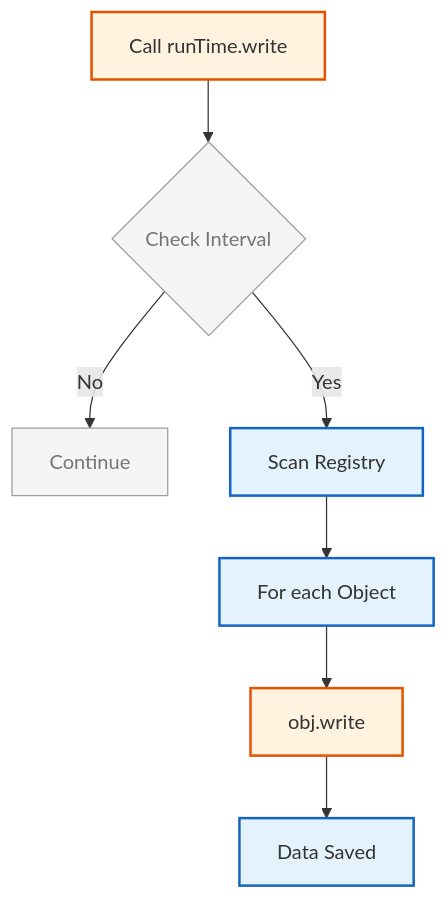
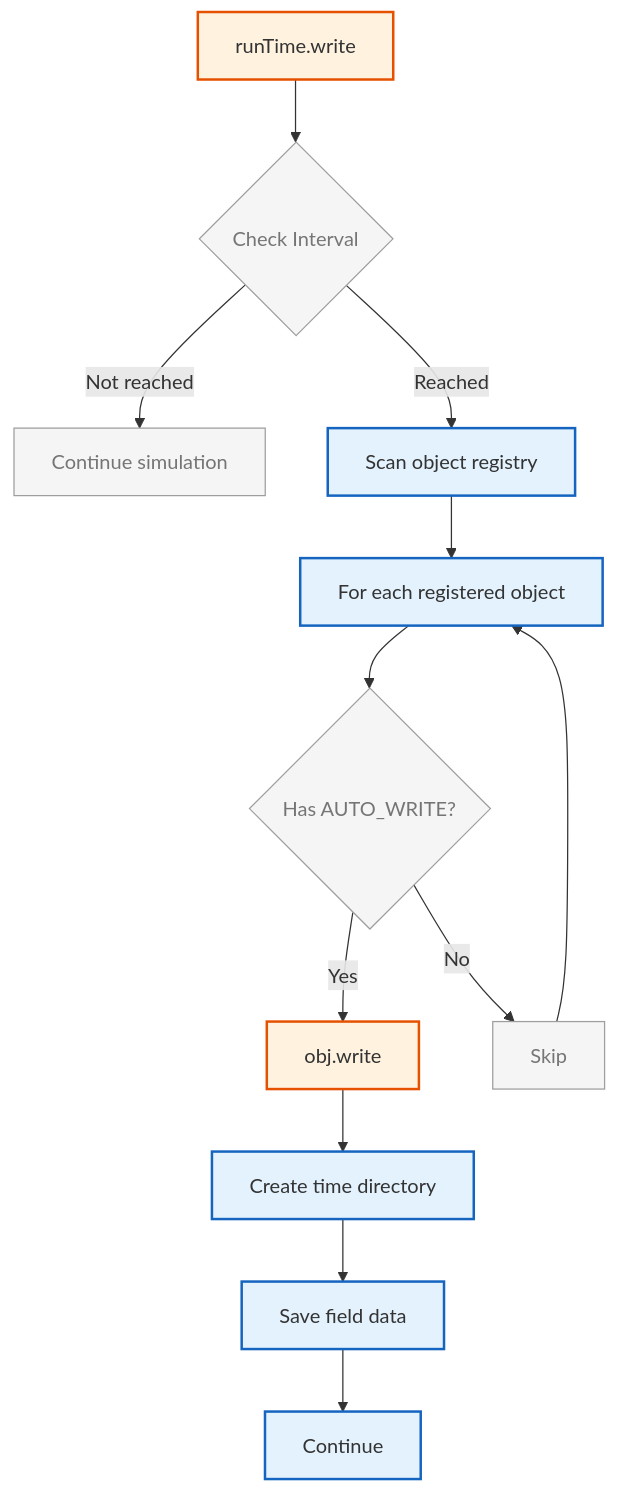
The first of 2 diagrams in MODULE_05_OPENFOAM_PROGRAMMING/CONTENT/07_TIME_DATABASES/04_Functional_Logic.md (wramet/build-my-cfd), drawn with Mermaid before and after one commit. The commit also changed other lines of this file and 124 other files, not shown here.

````diff
--- a/MODULE_05_OPENFOAM_PROGRAMMING/CONTENT/07_TIME_DATABASES/04_Functional_Logic.md
+++ b/MODULE_05_OPENFOAM_PROGRAMMING/CONTENT/07_TIME_DATABASES/04_Functional_Logic.md
@@ -342,14 +22,20 @@
 ```mermaid
 graph TD
-%% Classes
-classDef explicit fill:#fff3e0,stroke:#e65100,stroke-width:2px;
-classDef implicit fill:#e3f2fd,stroke:#1565c0,stroke-width:2px;
-classDef context fill:#f5f5f5,stroke:#9e9e9e,stroke-width:1px,color:#757575;
-%% Nodes
-W[Call runTime.write]:::explicit --> C{Check Interval}:::context
-C -- "No" --> End[Continue]:::context
-C -- "Yes" --> Scan[Scan Registry]:::implicit
-Scan --> Loop[For each Object]:::implicit
-Loop --> Write[obj.write]:::explicit
-Write --> Done[Data Saved]:::implicit
+    %% Classes
+    classDef explicit fill:#fff3e0,stroke:#e65100,stroke-width:2px;
+    classDef implicit fill:#e3f2fd,stroke:#1565c0,stroke-width:2px;
+    classDef context fill:#f5f5f5,stroke:#9e9e9e,stroke-width:1px,color:#757575;
+    
+    %% Nodes
+    W[runTime.write]:::explicit --> C{Check Interval}:::context
+    C -- "Not reached" --> End[Continue simulation]:::context
+    C -- "Reached" --> Scan[Scan object registry]:::implicit
+    Scan --> Loop[For each registered object]:::implicit
+    Loop --> Check{Has AUTO_WRITE?}:::context
+    Check -- "Yes" --> Write[obj.write]:::explicit
+    Check -- "No" --> Next[Skip]:::context
+    Write --> Create[Create time directory]:::implicit
+    Create --> Save[Save field data]:::implicit
+    Save --> Done[Continue]:::implicit
+    Next --> Loop
 ```
````
